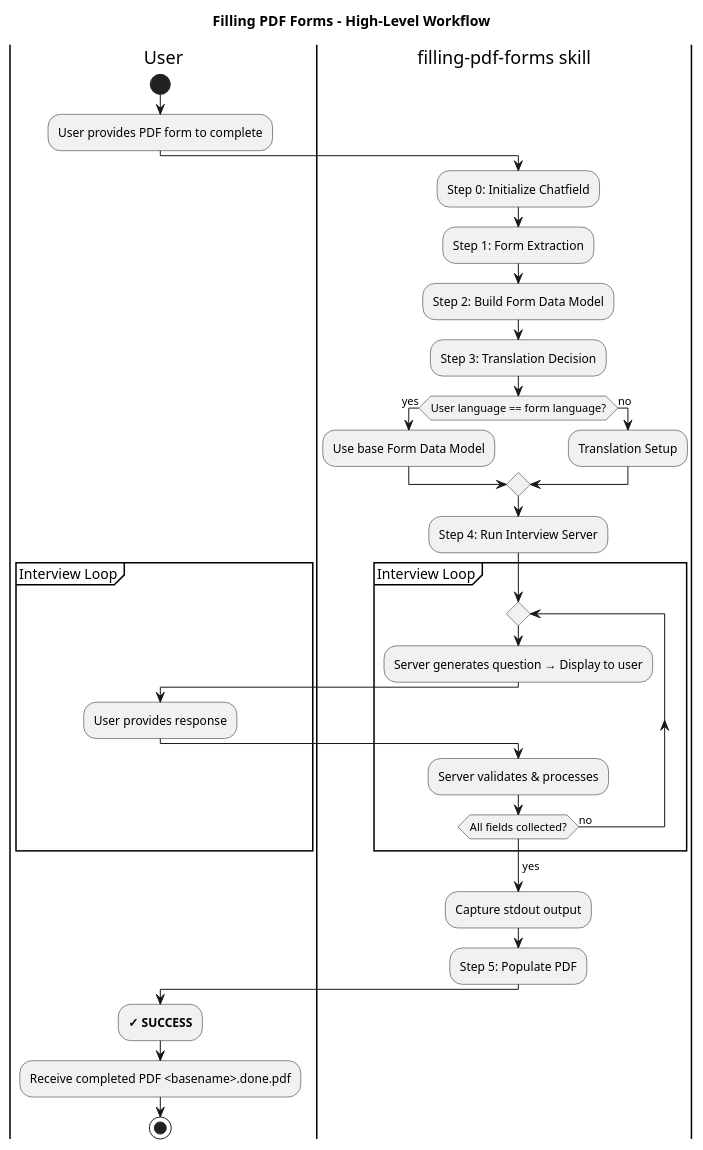
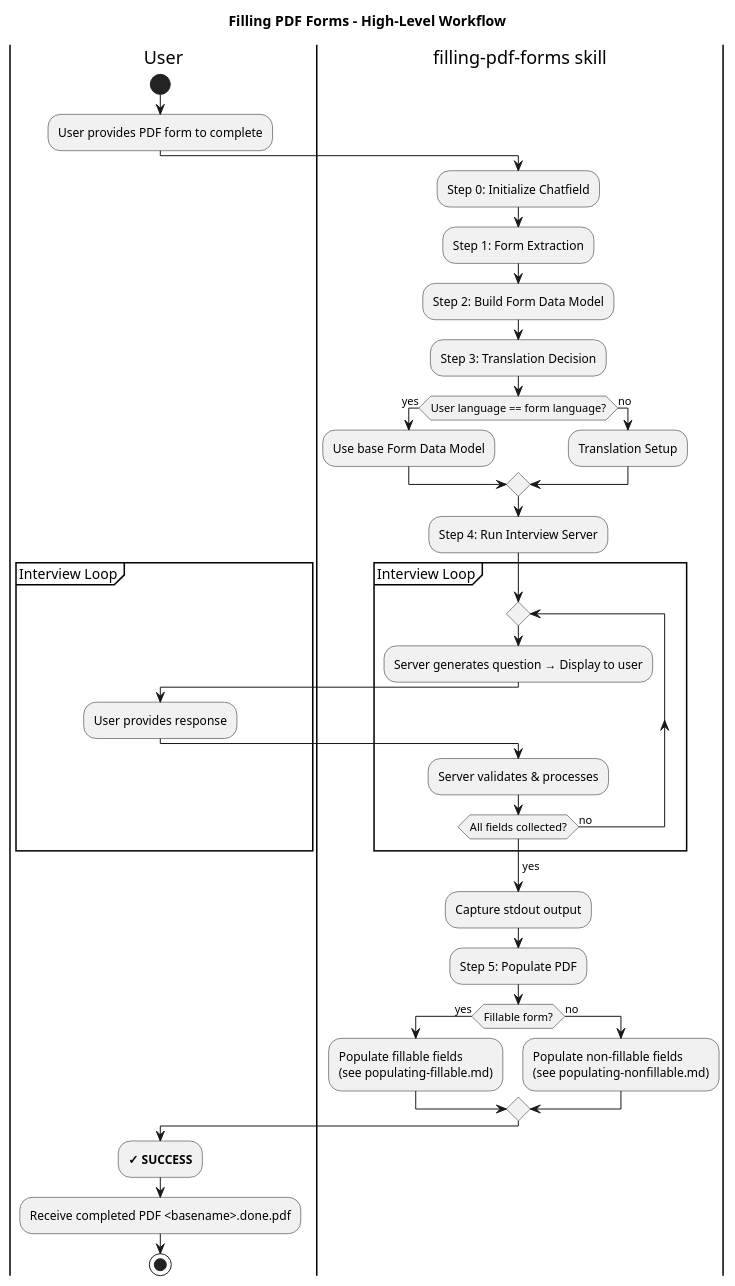
One commit to jhs/Chatfield changed the diagram in Claude/filling-pdf-forms/skills/filling-pdf-forms/SKILL.md. Above: the diagram before and after it, drawn with PlantUML. The commit also changed other lines of this file and 3 other files, not shown here.

Commit message:
Start to have one workflow each for filling fillable vs. nonfillable

````diff
--- a/Claude/filling-pdf-forms/skills/filling-pdf-forms/SKILL.md
+++ b/Claude/filling-pdf-forms/skills/filling-pdf-forms/SKILL.md
@@ -19,35 +19,42 @@
 ```plantuml
 @startuml SKILL
 title Filling PDF Forms - High-Level Workflow
 |User|
 start
 :User provides PDF form to complete;
 |filling-pdf-forms skill|
 :Step 0: Initialize Chatfield;
 :Step 1: Form Extraction;
 :Step 2: Build Form Data Model;
 :Step 3: Translation Decision;
 if (User language == form language?) then (yes)
   :Use base Form Data Model;
 else (no)
   :Translation Setup;
 endif
 :Step 4: Run Interview Server;
 partition "Interview Loop" {
   repeat
     :Server generates question → Display to user;
     |User|
     :User provides response;
     |filling-pdf-forms skill|
     :Server validates & processes;
   repeat while (All fields collected?) is (no)
   ->yes;
 }
 :Capture stdout output;
 :Step 5: Populate PDF;
+if (Fillable form?) then (yes)
+  :Populate fillable fields
+  (see populating-fillable.md);
+else (no)
+  :Populate non-fillable fields
+  (see populating-nonfillable.md);
+endif
 |User|
 :**✓ SUCCESS**;
 :Receive completed PDF <basename>.done.pdf;
 stop
 @enduml
 ```
````
